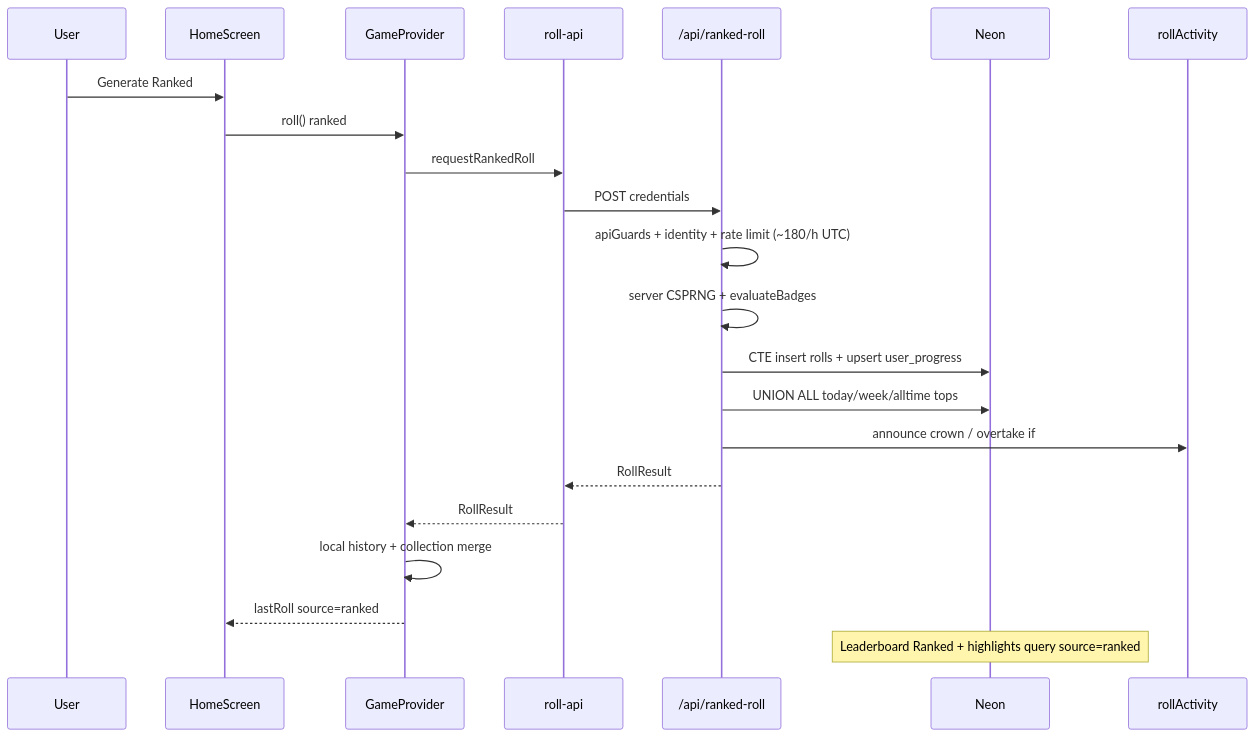
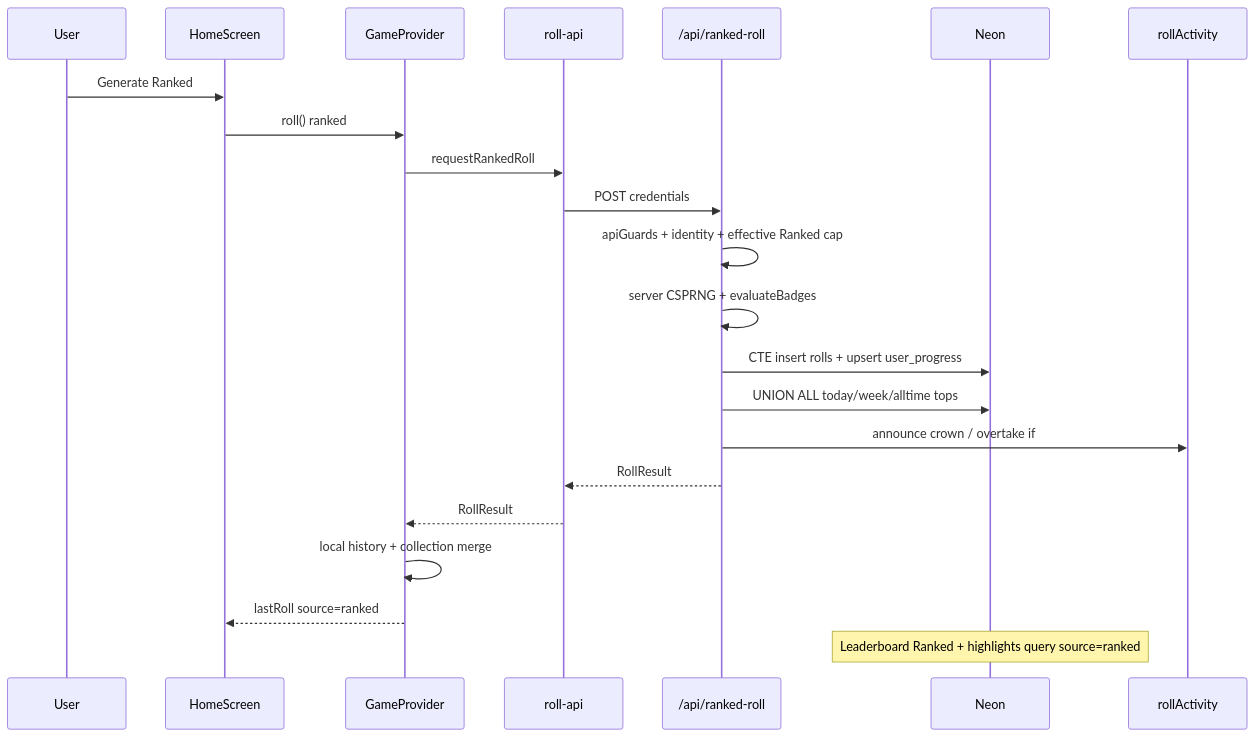
The fourth of 8 diagrams in docs/ARCHITECTURE.md (jondmarien/rngdle-unlocked), drawn with Mermaid before and after one commit. The commit also changed other lines of this file and 25 other files, not shown here.

````diff
--- a/docs/ARCHITECTURE.md
+++ b/docs/ARCHITECTURE.md
@@ -148,25 +148,25 @@
 ```mermaid
 sequenceDiagram
   participant U as User
   participant H as HomeScreen
   participant G as GameProvider
   participant RollApi as roll-api
   participant R as /api/ranked-roll
   participant DB as Neon
   participant A as rollActivity
 
   U->>H: Generate Ranked
   H->>G: roll() ranked
   G->>RollApi: requestRankedRoll
   RollApi->>R: POST credentials
-  R->>R: apiGuards + identity + rate limit (~180/h UTC)
+  R->>R: apiGuards + identity + effective Ranked cap
   R->>R: server CSPRNG + evaluateBadges
   R->>DB: CTE insert rolls + upsert user_progress
   R->>DB: UNION ALL today/week/alltime tops
   R->>A: announce crown / overtake if #1
   R-->>RollApi: RollResult
   RollApi-->>G: RollResult
   G->>G: local history + collection merge
   G-->>H: lastRoll source=ranked
   Note over DB: Leaderboard Ranked + highlights query source=ranked
 ```
````
